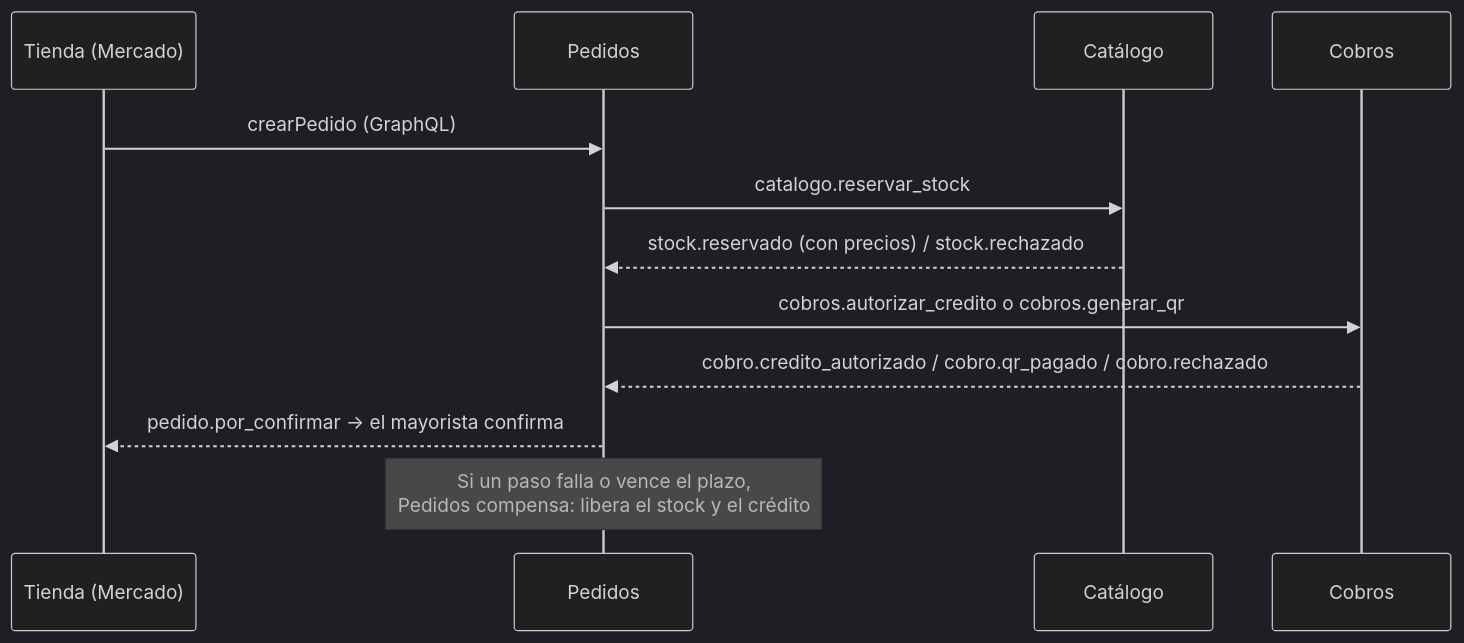
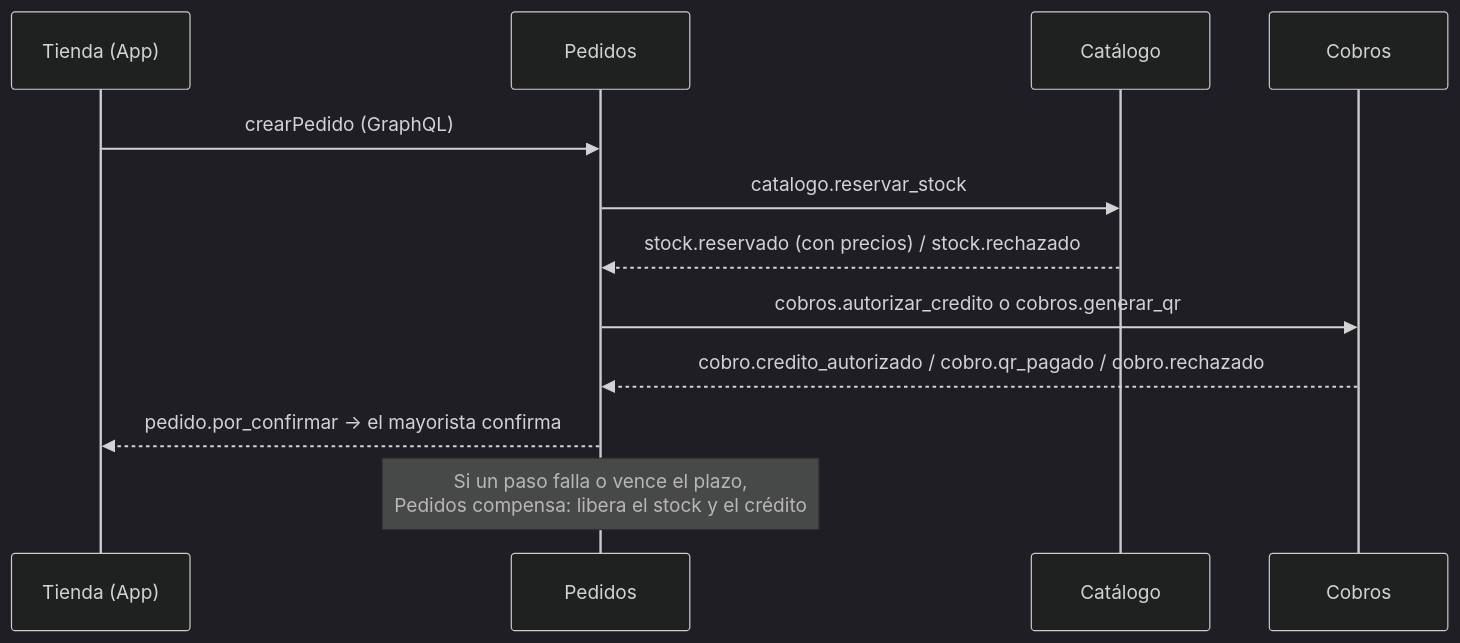
The second of 2 diagrams in docs/arquitectura.md (AndyQdev/abasto), drawn with Mermaid (dark theme) before and after one commit. The commit also changed other lines of this file and 6 other files, not shown here.

````diff
--- a/docs/arquitectura.md
+++ b/docs/arquitectura.md
@@ -50,14 +50,14 @@
 ```mermaid
 sequenceDiagram
-  participant T as Tienda (Mercado)
+  participant T as Tienda (App)
   participant P as Pedidos
   participant CA as Catálogo
   participant CB as Cobros
   T->>P: crearPedido (GraphQL)
   P->>CA: catalogo.reservar_stock
   CA-->>P: stock.reservado (con precios) / stock.rechazado
   P->>CB: cobros.autorizar_credito o cobros.generar_qr
   CB-->>P: cobro.credito_autorizado / cobro.qr_pagado / cobro.rechazado
   P-->>T: pedido.por_confirmar → el mayorista confirma
   Note over P: Si un paso falla o vence el plazo,<br/>Pedidos compensa: libera el stock y el crédito
 ```
````
